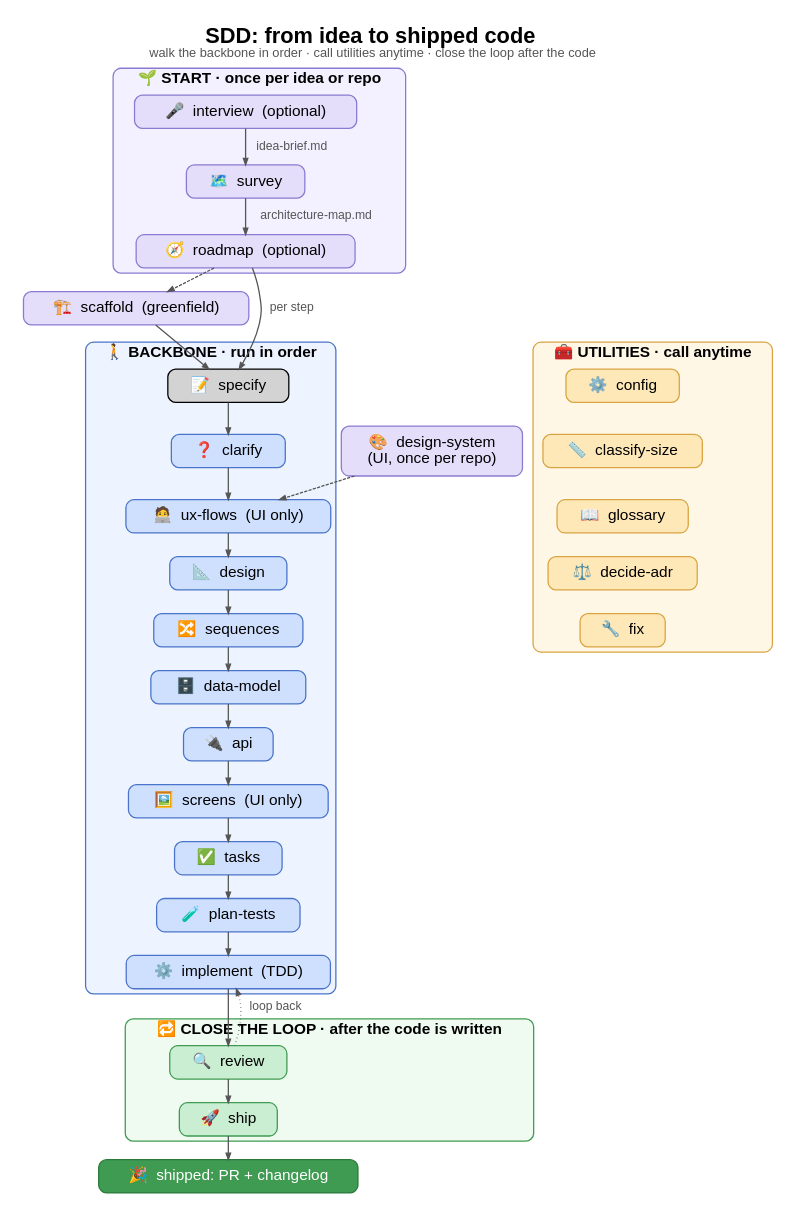
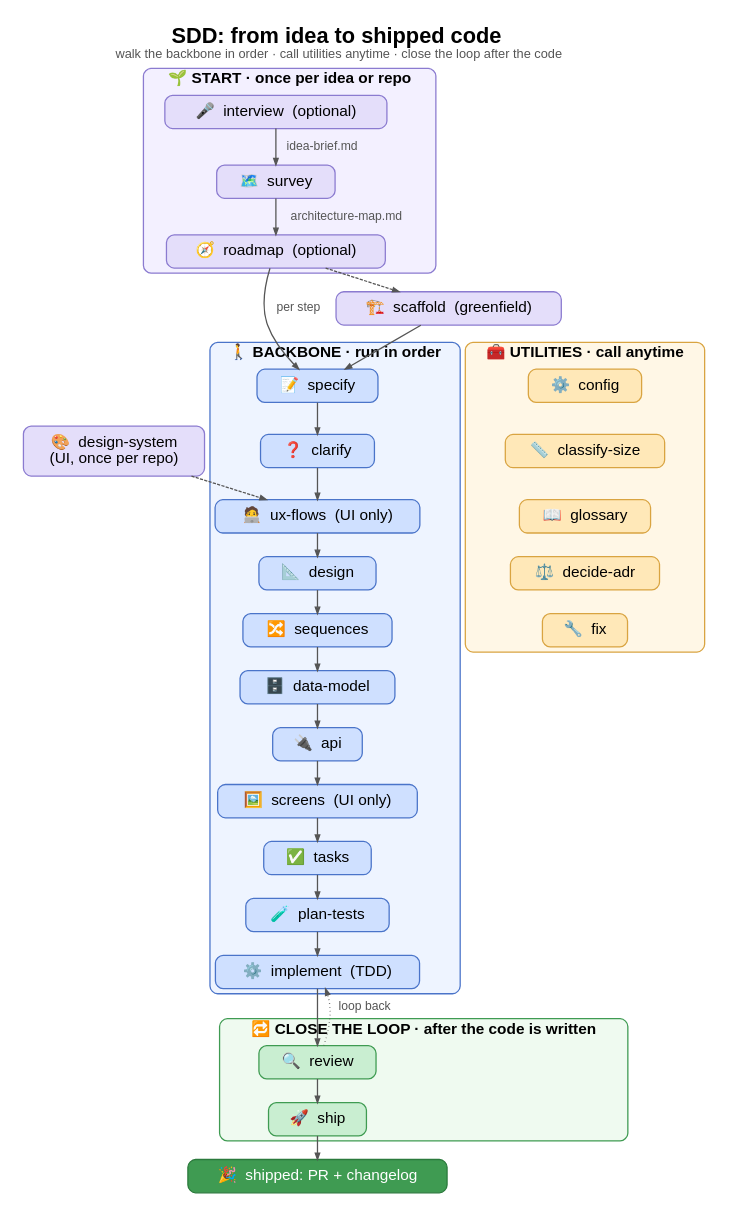
Before and after one commit to draarivpatel-ui/sdd: the diagram in docs/flow.dot, drawn with Graphviz. The commit also changed 1 other file, not shown here.

Commit message:
docs: color the specify node like the rest of the backbone

```diff
--- a/docs/flow.dot
+++ b/docs/flow.dot
@@ -1,74 +1,76 @@
 // The SDD flow: backbone (run in order), utilities (call anytime), close the loop.
 // Render: dot -Tsvg docs/flow.dot -o docs/flow.svg
 digraph sdd {
   rankdir=TB;
   nodesep=0.45; ranksep=0.5; newrank=true; pad=0.4; bgcolor="white";
   label=<<B>SDD: from idea to shipped code</B><BR/><FONT POINT-SIZE="20" COLOR="#555555">walk the backbone in order · call utilities anytime · close the loop after the code</FONT>>;
   labelloc=t; fontname="Helvetica"; fontsize=34;
   node [shape=box, style="rounded,filled", fontname="Helvetica", fontsize=24, margin="0.4,0.18", penwidth=2];
   edge [fontname="Helvetica", fontsize=19, penwidth=2, color="#555555", fontcolor="#555555"];
+
+  specify [fillcolor="#cfe0ff", color="#4a74c9"];
 
   // START
   subgraph cluster_entry {
     label="🌱 START · once per idea or repo"; labeljust=l; fontsize=24; fontname="Helvetica-Bold";
     style="rounded,filled"; fillcolor="#f3f0ff"; color="#8b7bd0"; penwidth=2;
     node [fillcolor="#e4defa", color="#8b7bd0"];
     interview [label="🎤  interview  (optional)"];
     survey    [label="🗺️  survey"];
     roadmap   [label="🧭  roadmap  (optional)"];
     interview -> survey [label="  idea-brief.md"];
     survey -> roadmap   [label="  architecture-map.md"];
   }
   scaffold [label="🏗️  scaffold  (greenfield)", fillcolor="#e4defa", color="#8b7bd0"];
   roadmap -> scaffold [style=dashed];
   roadmap -> specify  [label="  per step"];
   scaffold -> specify;
 
   // BACKBONE
   subgraph cluster_backbone {
     label="🚶 BACKBONE · run in order"; labeljust=l; fontsize=24; fontname="Helvetica-Bold";
     style="rounded,filled"; fillcolor="#eef4ff"; color="#4a74c9"; penwidth=2;
     node [fillcolor="#cfe0ff", color="#4a74c9"];
-    specify   [label="📝  specify"];
+    specify   [label="📝  specify", fillcolor="#cfe0ff", color="#4a74c9"];
     clarify   [label="❓  clarify"];
     uxflows   [label="🧑‍💻  ux-flows  (UI only)"];
     design    [label="📐  design"];
     sequences [label="🔀  sequences"];
     datamodel [label="🗄️  data-model"];
     api       [label="🔌  api"];
     screens   [label="🖼️  screens  (UI only)"];
     tasks     [label="✅  tasks"];
     plantests [label="🧪  plan-tests"];
     implement [label="⚙️  implement  (TDD)"];
     specify -> clarify -> uxflows -> design -> sequences -> datamodel -> api -> screens -> tasks -> plantests -> implement;
   }
   designsys [label="🎨  design-system\n(UI, once per repo)", fillcolor="#e4defa", color="#8b7bd0"];
   designsys -> uxflows [style=dashed];
 
   // CLOSE THE LOOP
   subgraph cluster_close {
     label="🔁 CLOSE THE LOOP · after the code is written"; labeljust=l; fontsize=24; fontname="Helvetica-Bold";
     style="rounded,filled"; fillcolor="#effaf0"; color="#3f9b52"; penwidth=2;
     node [fillcolor="#c9eed1", color="#3f9b52"];
     review [label="🔍  review"];
     ship   [label="🚀  ship"];
   }
   implement -> review -> ship;
   review -> implement [style=dotted, constraint=false, label="  loop back"];
   done [label="🎉  shipped: PR + changelog", fillcolor="#3f9b52", color="#2b7a3c", fontcolor="white"];
   ship -> done;
 
   // UTILITIES
   subgraph cluster_util {
     label="🧰 UTILITIES · call anytime"; labeljust=l; fontsize=24; fontname="Helvetica-Bold";
     style="rounded,filled"; fillcolor="#fff7e6"; color="#d9a441"; penwidth=2;
     node [fillcolor="#ffe8b8", color="#d9a441"];
     config       [label="⚙️  config"];
     classifysize [label="📏  classify-size"];
     glossary     [label="📖  glossary"];
     decideadr    [label="⚖️  decide-adr"];
     fix          [label="🔧  fix"];
     config -> classifysize -> glossary -> decideadr -> fix [style=invis];
   }
   { rank=same; specify; config; }
 }
```
